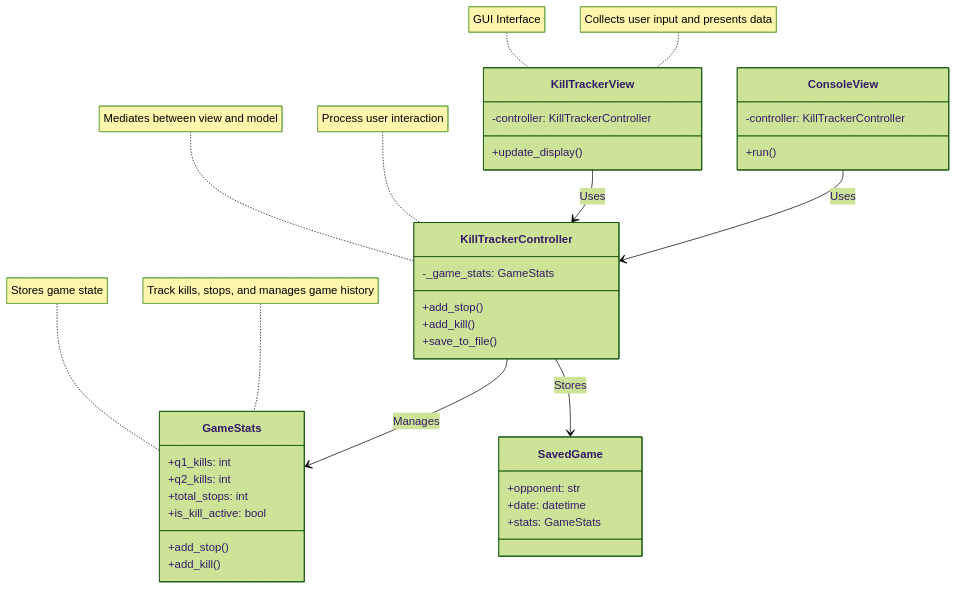
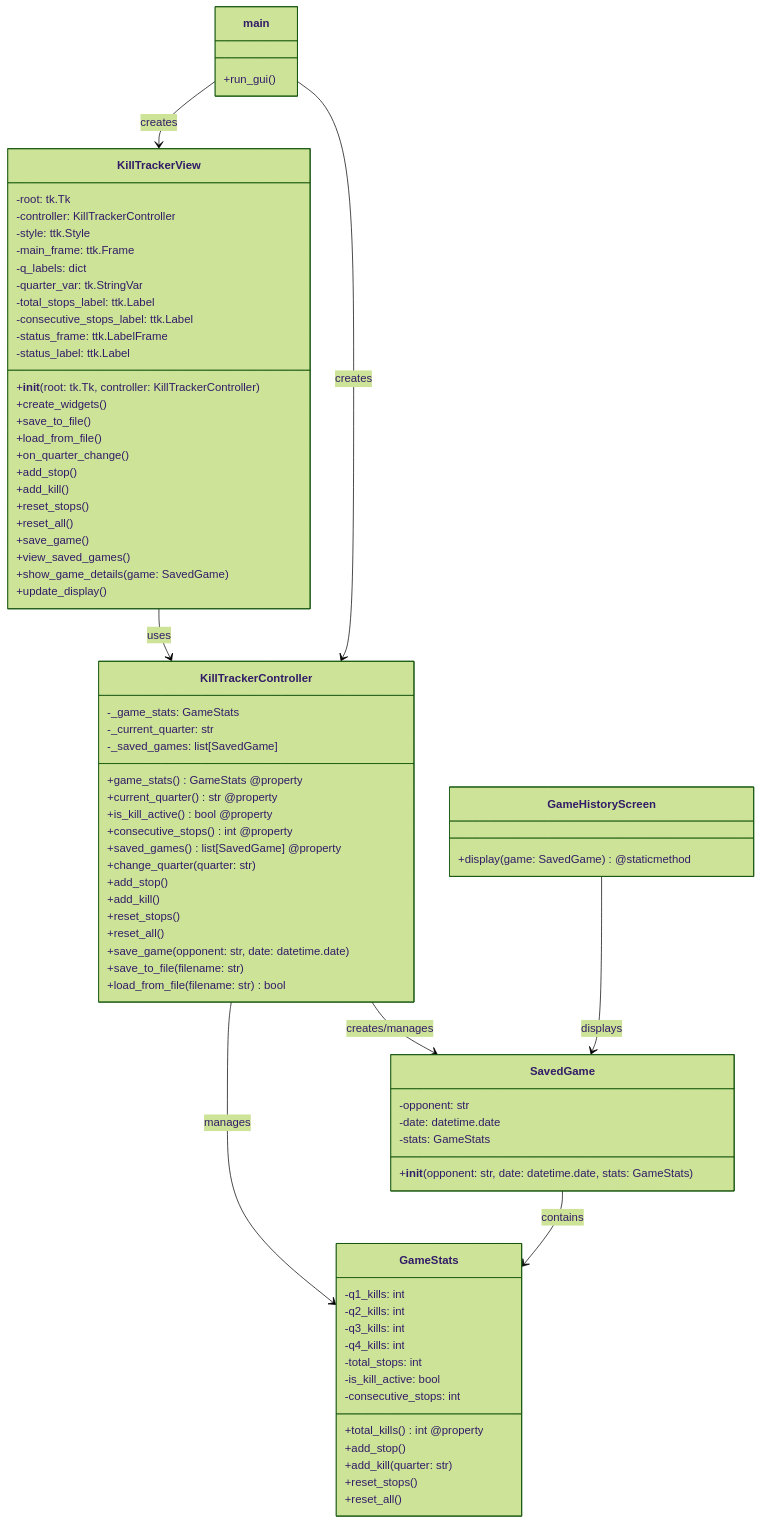
The diagram in README.md (gabimelby/Kill-Tracker-Project), drawn with Mermaid (forest theme) before and after one commit.

````diff
--- a/README.md
+++ b/README.md
@@ -27,50 +27,85 @@
 ```mermaid
 classDiagram
-    %% Model
     class GameStats {
-        +q1_kills: int
-        +q2_kills: int
-        +total_stops: int
-        +is_kill_active: bool
+        -q1_kills: int
+        -q2_kills: int
+        -q3_kills: int
+        -q4_kills: int
+        -total_stops: int
+        -is_kill_active: bool
+        -consecutive_stops: int
+        +total_kills() int @property
         +add_stop()
-        +add_kill()
+        +add_kill(quarter: str)
+        +reset_stops()
+        +reset_all()
     }
 
     class SavedGame {
-        +opponent: str
-        +date: datetime
-        +stats: GameStats
+        -opponent: str
+        -date: datetime.date
+        -stats: GameStats
+        +__init__(opponent: str, date: datetime.date, stats: GameStats)
     }
 
-    %% Controller
-    class KillTrackerController {
-        -_game_stats: GameStats
+    class GameHistoryScreen {
+        +display(game: SavedGame) @staticmethod
+    }
+
+    class KillTrackerView {
+        -root: tk.Tk
+        -controller: KillTrackerController
+        -style: ttk.Style
+        -main_frame: ttk.Frame
+        -q_labels: dict
+        -quarter_var: tk.StringVar
+        -total_stops_label: ttk.Label
+        -consecutive_stops_label: ttk.Label
+        -status_frame: ttk.LabelFrame
+        -status_label: ttk.Label
+        +__init__(root: tk.Tk, controller: KillTrackerController)
+        +create_widgets()
+        +save_to_file()
+        +load_from_file()
+        +on_quarter_change()
         +add_stop()
         +add_kill()
-        +save_to_file()
-    }
-
-    %% View
-    class KillTrackerView {
-        -controller: KillTrackerController
+        +reset_stops()
+        +reset_all()
+        +save_game()
+        +view_saved_games()
+        +show_game_details(game: SavedGame)
         +update_display()
     }
 
-    class ConsoleView {
-        -controller: KillTrackerController
-        +run()
+    class KillTrackerController {
+        -_game_stats: GameStats
+        -_current_quarter: str
+        -_saved_games: list[SavedGame]
+        +game_stats() GameStats @property
+        +current_quarter() str @property
+        +is_kill_active() bool @property
+        +consecutive_stops() int @property
+        +saved_games() list[SavedGame] @property
+        +change_quarter(quarter: str)
+        +add_stop()
+        +add_kill()
+        +reset_stops()
+        +reset_all()
+        +save_game(opponent: str, date: datetime.date)
+        +save_to_file(filename: str)
+        +load_from_file(filename: str) bool
     }
 
-    %% Relationships
-    KillTrackerController --> GameStats: Manages
-    KillTrackerController --> SavedGame: Stores
-    KillTrackerView --> KillTrackerController: Uses
-    ConsoleView --> KillTrackerController: Uses
+    class main {
+        +run_gui()
+    }
 
-    note for GameStats "Stores game state"
-    note for GameStats "Track kills, stops, and manages game history" 
-    note for KillTrackerView "GUI Interface"
-    note for Kill TrackerView "Collects user input and presents data"
-    note for KillTrackerController "Mediates between view and model"
-    note for KillTrackerController "Process user interaction"
+    KillTrackerView --> KillTrackerController : uses
+    KillTrackerController --> GameStats : manages
+    KillTrackerController --> SavedGame : creates/manages
+    GameHistoryScreen --> SavedGame : displays
+    main --> KillTrackerView : creates
+    main --> KillTrackerController : creates
+    SavedGame --> GameStats : contains
 ```
````
